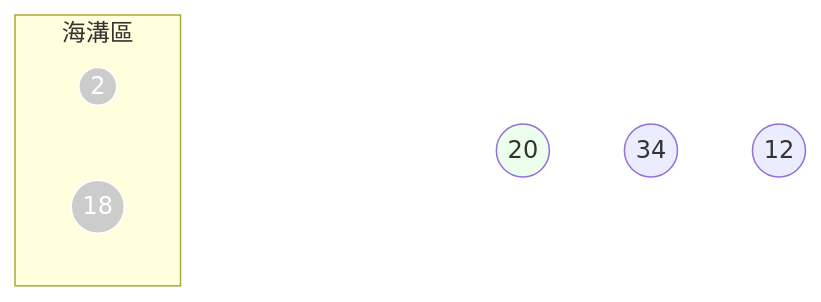
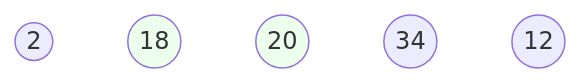
One commit to ianchen0419/cpp-leetcode changed the fifth of 20 diagrams in Bubble Sorting.md. Above: the diagram before and after it, drawn with Mermaid. The commit also changed other lines of this file, not shown here.

````diff
--- a/Bubble Sorting.md
+++ b/Bubble Sorting.md
@@ -92,20 +72,14 @@
 ```mermaid
 flowchart
-
-    subgraph 海溝區
-        f((2)):::disabled
-        g((18)):::disabled
-    end
-    
-    a((18)):::clear
-    b((2)):::clear
+    a((2))
+    b((18)):::green
     c((20)):::green
     d((34))
     e((12))
     
     classDef clear opacity:0
     
     classDef orange fill:#f96,stroke:#f66
     classDef green fill:#ecffec
     classDef disabled fill:#ccc,stroke:#fff,color:#fff
 ```
````
